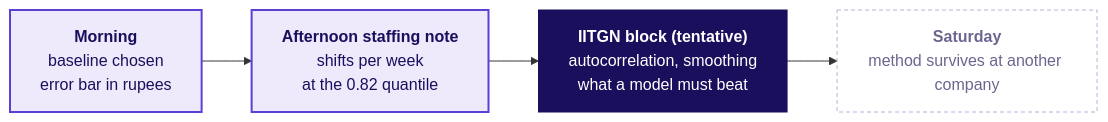
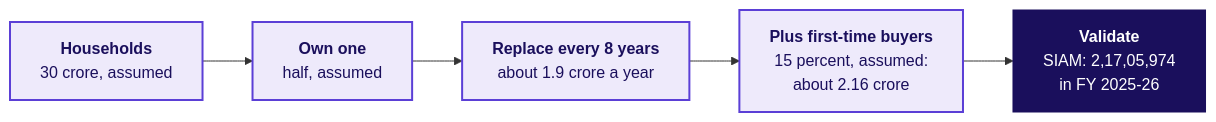
One commit to fde-academy-lab/c2-content-factory changed the second of 2 diagrams in content/W04/D5/slides/C2_W04_D05_half2_STUDENT.md. Above: the diagram before and after it, drawn with Mermaid. The commit also changed other lines of this file and 48 other files, not shown here.

First line of the commit message:
Week 4 Friday: the hold-out scores a real forecast, both 2025 windows, priced errors, every number traced

````diff
--- a/content/W04/D5/slides/C2_W04_D05_half2_STUDENT.md
+++ b/content/W04/D5/slides/C2_W04_D05_half2_STUDENT.md
@@ -116,12 +164,11 @@
 ```mermaid
 flowchart LR
-    A["<b>Morning</b><br/>baseline chosen<br/>error bar in rupees"] --> B["<b>Afternoon staffing note</b><br/>shifts per week<br/>at the 0.82 quantile"]
-    B --> C["<b>IITGN block (tentative)</b><br/>autocorrelation, smoothing<br/>what a model must beat"]
-    C --> D["<b>Saturday</b><br/>method survives at another company"]
+    H["<b>Households</b><br/>30 crore, assumed"] --> O["<b>Own one</b><br/>half, assumed"]
+    O --> R["<b>Replace every 8 years</b><br/>about 1.9 crore a year"]
+    R --> F["<b>Plus first-time buyers</b><br/>15 percent, assumed:<br/>about 2.16 crore"]
+    F --> V["<b>Validate</b><br/>SIAM: 2,17,05,974<br/>in FY 2025-26"]
+    classDef known fill:#EEEAFB,stroke:#5B3FD6,color:#1A0F5C,stroke-width:2px
     classDef lit fill:#1A0F5C,stroke:#1A0F5C,color:#FFFFFF
-    classDef known fill:#EEEAFB,stroke:#5B3FD6,color:#1A0F5C,stroke-width:2px
-    classDef unknown fill:#FFFFFF,stroke:#B8B2D6,color:#6B6690,stroke-dasharray:4 3
-    class A,B known
-    class C lit
-    class D unknown
+    class H,O,R,F known
+    class V lit
 ```
````
